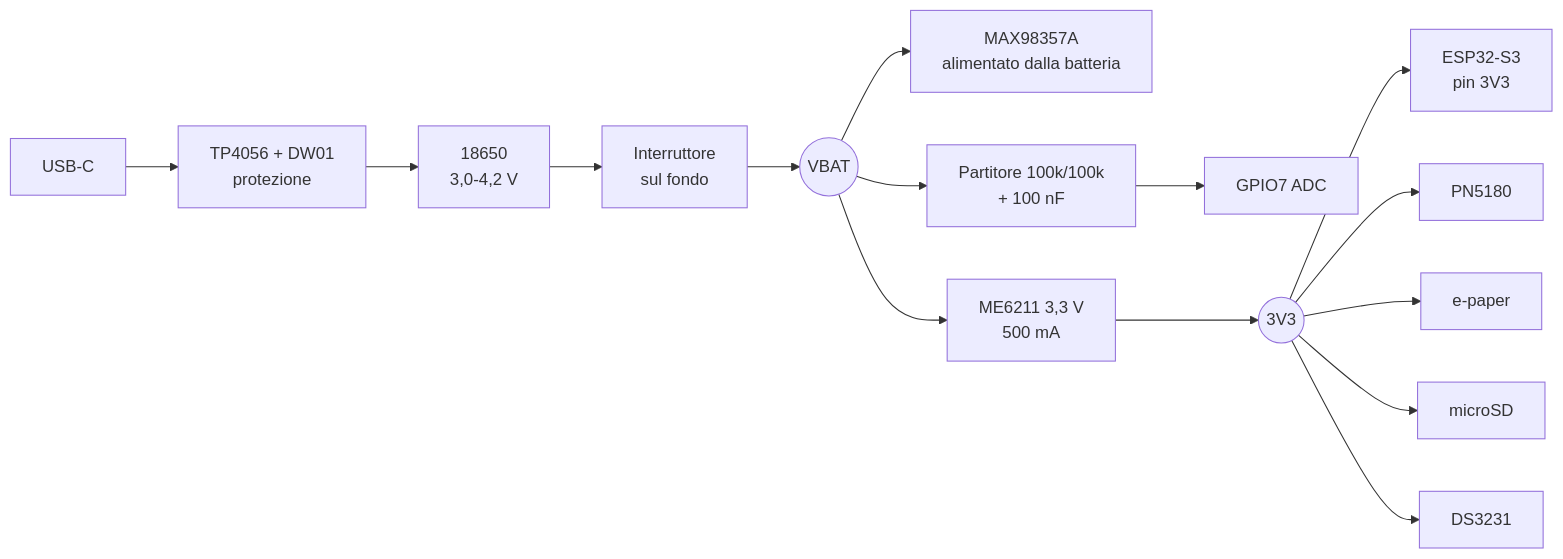
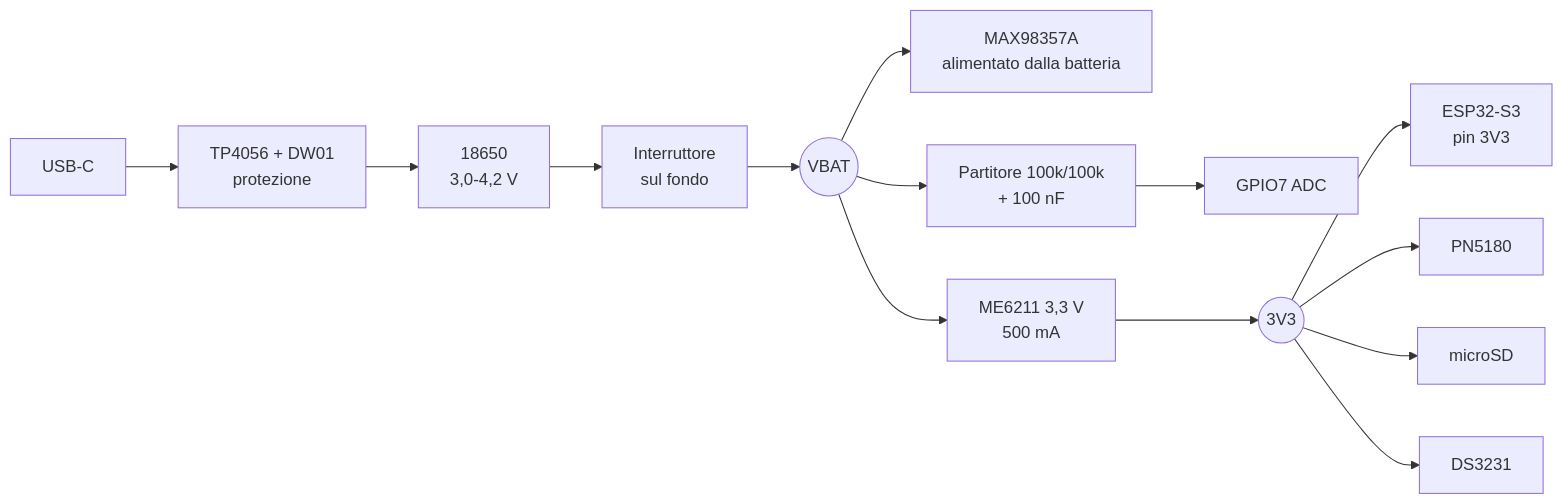
One commit to nicola-milani/babybox changed the diagram in hardware/cablaggio.md. Above: the diagram before and after it, drawn with Mermaid. The commit also changed other lines of this file and 20 other files, not shown here.

````diff
--- a/hardware/cablaggio.md
+++ b/hardware/cablaggio.md
@@ -12,16 +12,15 @@
 ```mermaid
 flowchart LR
     USB[USB-C] --> TP[TP4056 + DW01<br/>protezione]
     TP --> CELLA[18650<br/>3,0-4,2 V]
     CELLA --> SW[Interruttore<br/>sul fondo]
     SW --> VBAT((VBAT))
     VBAT --> AMP[MAX98357A<br/>alimentato dalla batteria]
     VBAT --> LDO[ME6211 3,3 V<br/>500 mA]
     VBAT --> PART[Partitore 100k/100k<br/>+ 100 nF] --> ADC[GPIO7 ADC]
     LDO --> V33((3V3))
     V33 --> ESP[ESP32-S3<br/>pin 3V3]
     V33 --> PN[PN5180]
-    V33 --> EPD[e-paper]
     V33 --> SD[microSD]
     V33 --> RTC[DS3231]
 ```
````
